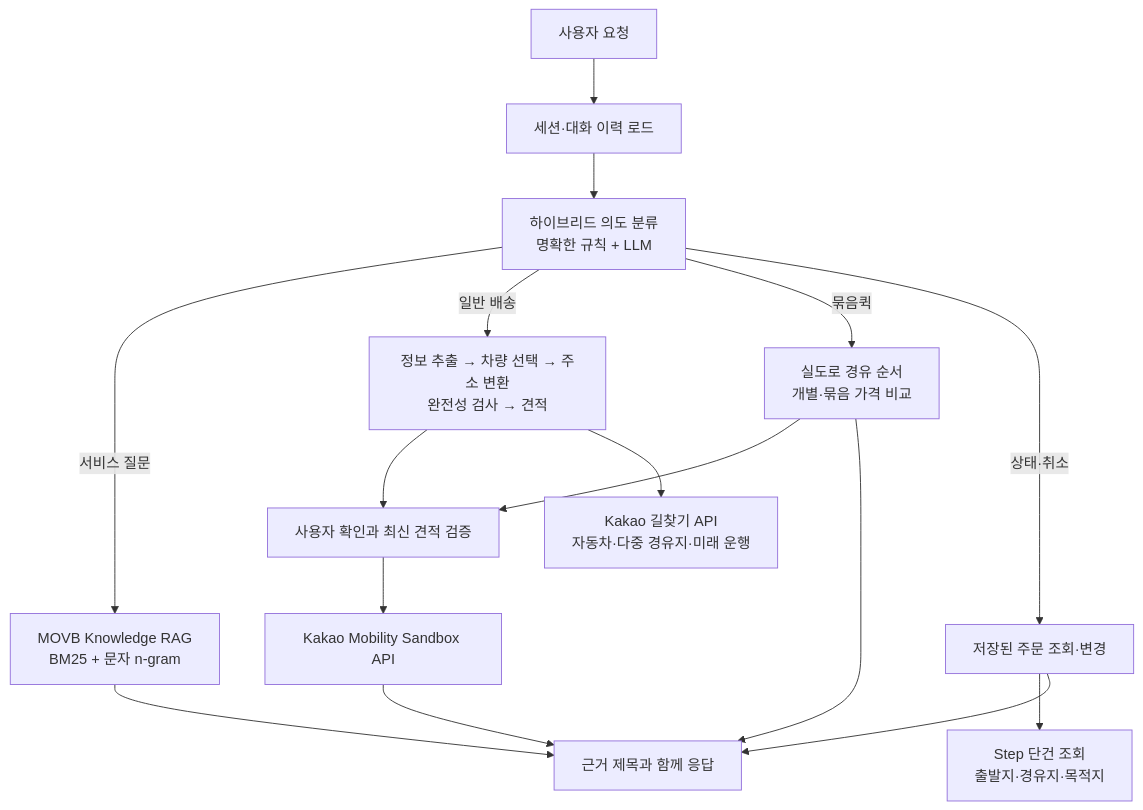
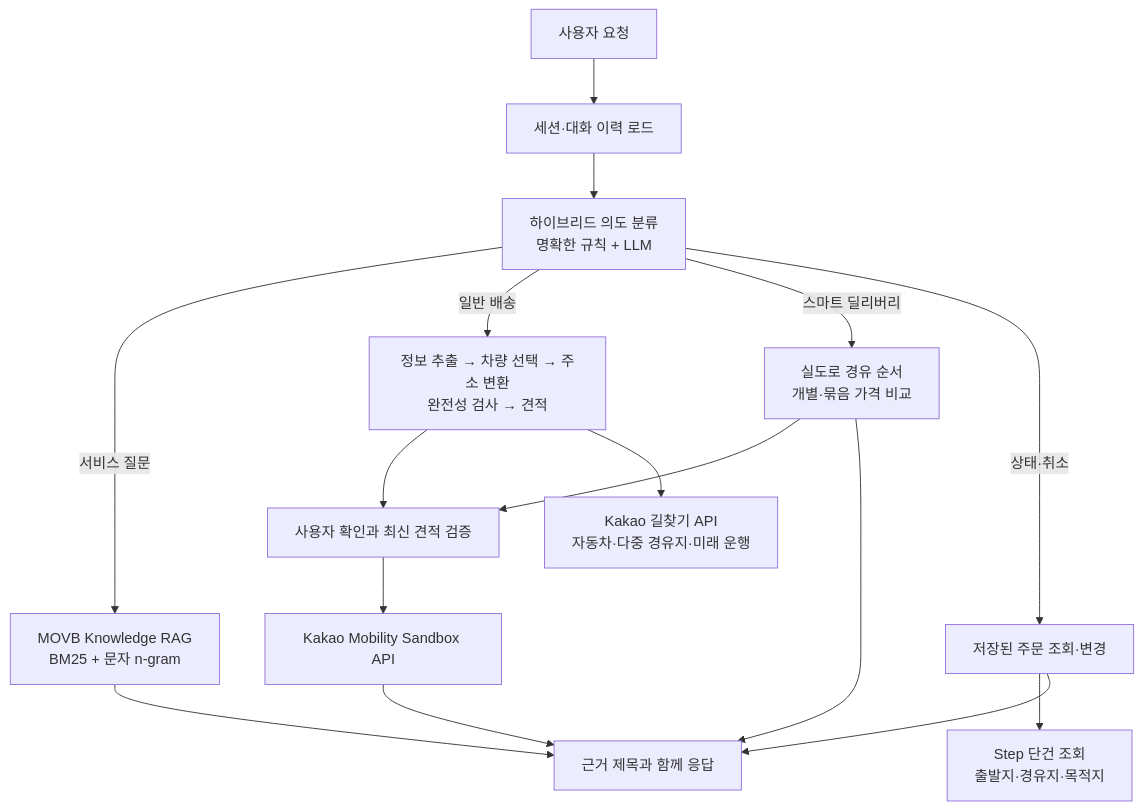
One commit to baek-seunghwan/ChatBot changed the diagram in README.md. Above: the diagram before and after it, drawn with Mermaid. The commit also changed other lines of this file and 22 other files, not shown here.

````diff
--- a/README.md
+++ b/README.md
@@ -31,21 +32,21 @@
 ```mermaid
 flowchart TD
     U["사용자 요청"] --> L["세션·대화 이력 로드"]
     L --> R["하이브리드 의도 분류<br/>명확한 규칙 + LLM"]
 
     R -->|서비스 질문| K["MOVB Knowledge RAG<br/>BM25 + 문자 n-gram"]
     R -->|일반 배송| D["정보 추출 → 차량 선택 → 주소 변환<br/>완전성 검사 → 견적"]
-    R -->|묶음퀵| B["실도로 경유 순서<br/>개별·묶음 가격 비교"]
+    R -->|스마트 딜리버리| B["실도로 경유 순서<br/>개별·묶음 가격 비교"]
     R -->|상태·취소| S["저장된 주문 조회·변경"]
 
     D --> H["사용자 확인과 최신 견적 검증"]
     B --> H
     H --> T["Kakao Mobility Sandbox API"]
     D --> N["Kakao 길찾기 API<br/>자동차·다중 경유지·미래 운행"]
     S --> V["Step 단건 조회<br/>출발지·경유지·목적지"]
 
     K --> O["근거 제목과 함께 응답"]
     B --> O
     S --> O
     T --> O
 ```
````
